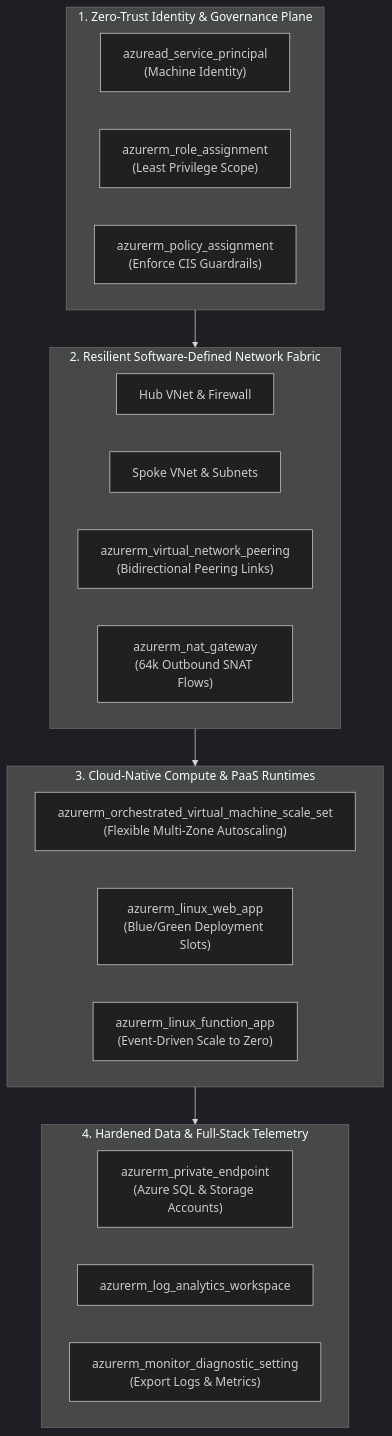
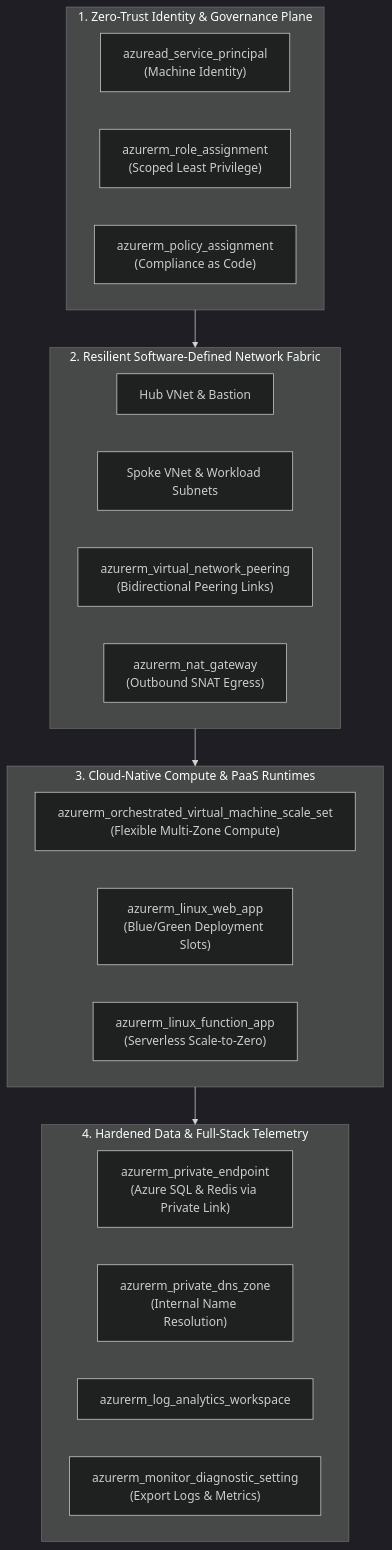
The diagram in Reference Notes/14-5_terraform_azure_enterprise_infrastructure_patterns.md (kmashour/BrainDump), drawn with Mermaid (dark theme) before and after one commit. The commit also changed other lines of this file and 4 other files, not shown here.

````diff
--- a/Reference Notes/14-5_terraform_azure_enterprise_infrastructure_patterns.md
+++ b/Reference Notes/14-5_terraform_azure_enterprise_infrastructure_patterns.md
@@ -26,31 +28,32 @@
 ```mermaid
 flowchart TD
     subgraph IdentityPlane ["1. Zero-Trust Identity & Governance Plane"]
         SPN["azuread_service_principal\n(Machine Identity)"]
-        RBAC["azurerm_role_assignment\n(Least Privilege Scope)"]
-        Policy["azurerm_policy_assignment\n(Enforce CIS Guardrails)"]
+        RBAC["azurerm_role_assignment\n(Scoped Least Privilege)"]
+        Policy["azurerm_policy_assignment\n(Compliance as Code)"]
     end
 
     subgraph NetworkFabric ["2. Resilient Software-Defined Network Fabric"]
-        VNetHub["Hub VNet & Firewall"]
-        VNetSpoke["Spoke VNet & Subnets"]
+        VNetHub["Hub VNet & Bastion"]
+        VNetSpoke["Spoke VNet & Workload Subnets"]
         Peering["azurerm_virtual_network_peering\n(Bidirectional Peering Links)"]
-        NATGW["azurerm_nat_gateway\n(64k Outbound SNAT Flows)"]
+        NATGW["azurerm_nat_gateway\n(Outbound SNAT Egress)"]
     end
 
     subgraph ComputePaaS ["3. Cloud-Native Compute & PaaS Runtimes"]
-        VMSS["azurerm_orchestrated_virtual_machine_scale_set\n(Flexible Multi-Zone Autoscaling)"]
+        VMSS["azurerm_orchestrated_virtual_machine_scale_set\n(Flexible Multi-Zone Compute)"]
         AppSvc["azurerm_linux_web_app\n(Blue/Green Deployment Slots)"]
-        FuncApp["azurerm_linux_function_app\n(Event-Driven Scale to Zero)"]
+        FuncApp["azurerm_linux_function_app\n(Serverless Scale-to-Zero)"]
     end
 
     subgraph DataObservability ["4. Hardened Data & Full-Stack Telemetry"]
-        PrivEnd["azurerm_private_endpoint\n(Azure SQL & Storage Accounts)"]
+        PrivEnd["azurerm_private_endpoint\n(Azure SQL & Redis via Private Link)"]
+        PrivDNS["azurerm_private_dns_zone\n(Internal Name Resolution)"]
         LogAnalytics["azurerm_log_analytics_workspace"]
         DiagSetting["azurerm_monitor_diagnostic_setting\n(Export Logs & Metrics)"]
     end
 
     IdentityPlane --> NetworkFabric
     NetworkFabric --> ComputePaaS
     ComputePaaS --> DataObservability
 ```
````
